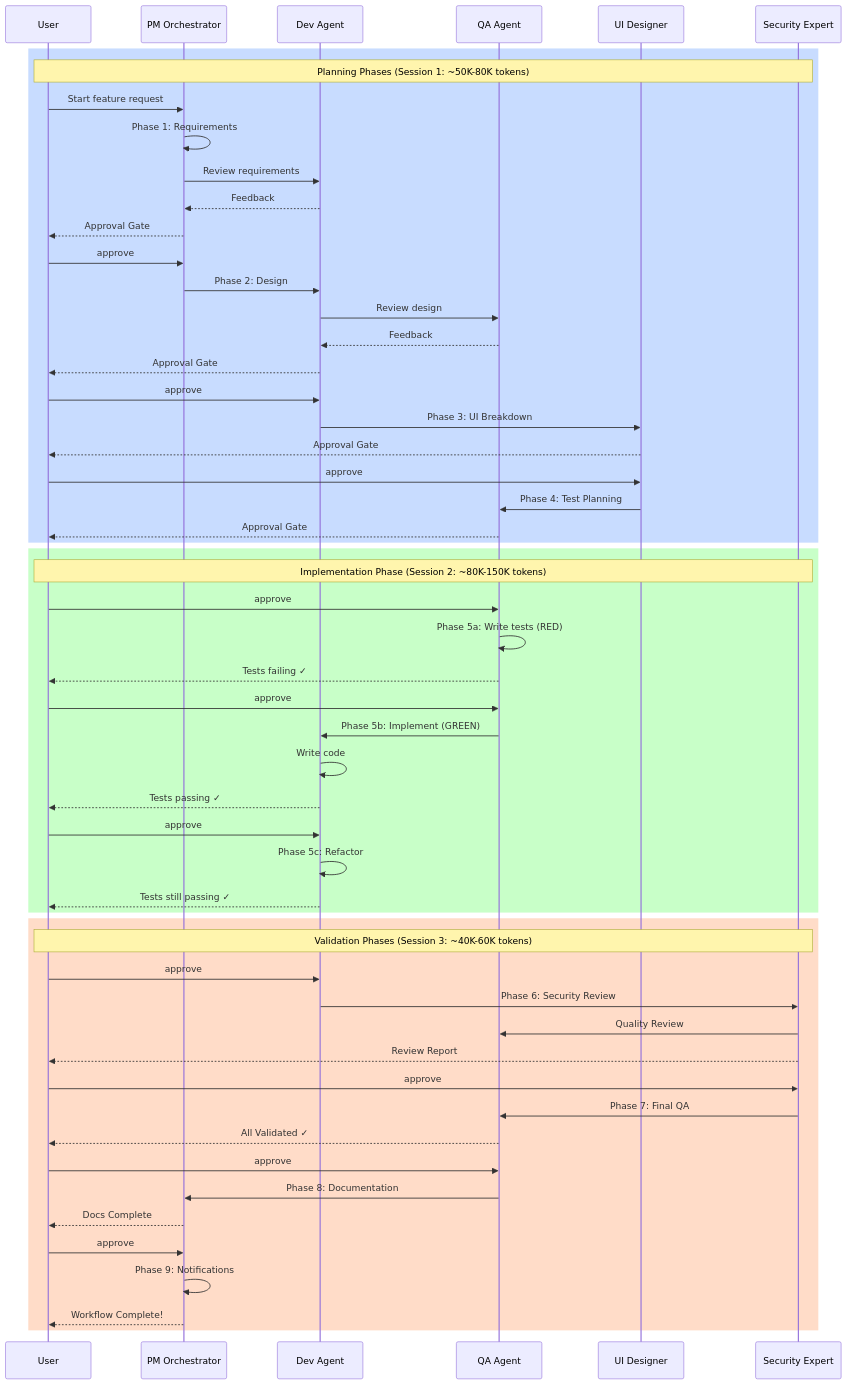
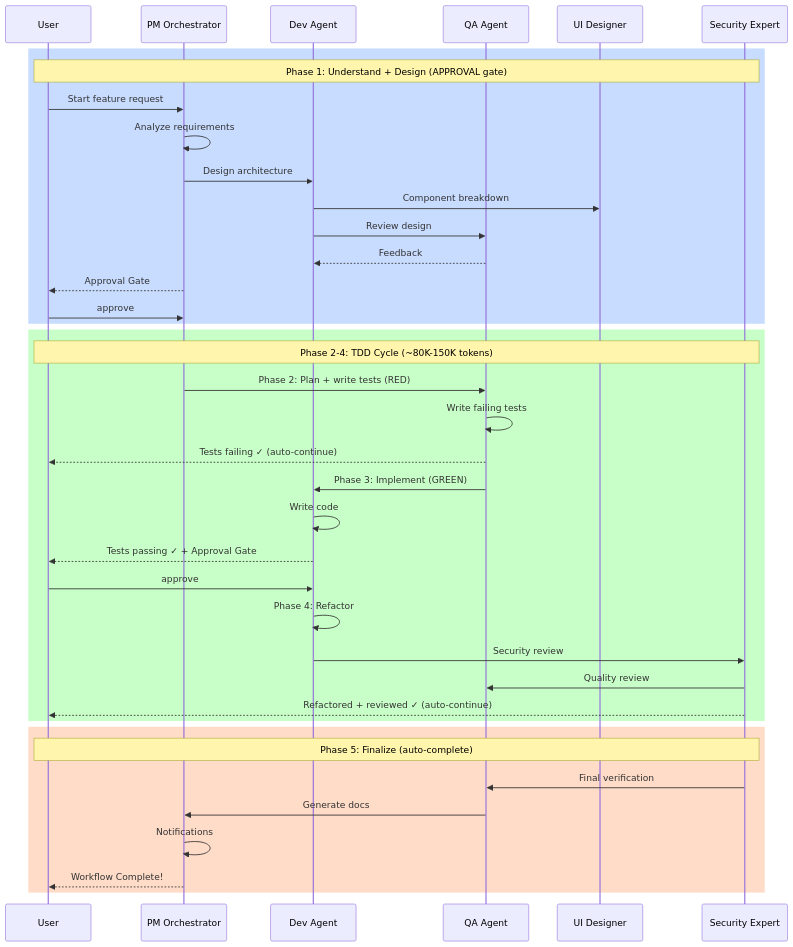
Diagram 15 of 20 in aura-frog/docs/WORKFLOW_DIAGRAMS.md (nguyenthienthanh/aura-frog), drawn with Mermaid before and after one commit. The commit also changed other lines of this file and 123 other files, not shown here.

First line of the commit message:
Consolidate 9-phase workflow into 5 phases and add requirement challenger

````diff
--- a/aura-frog/docs/WORKFLOW_DIAGRAMS.md
+++ b/aura-frog/docs/WORKFLOW_DIAGRAMS.md
@@ -741,68 +644,46 @@
 ```mermaid
 sequenceDiagram
     participant User
     participant PM as PM Orchestrator
     participant DEV as Dev Agent
     participant QA as QA Agent
     participant UI as UI Designer
     participant SEC as Security Expert
 
     rect rgb(200, 220, 255)
-        Note over User,SEC: Planning Phases (Session 1: ~50K-80K tokens)
+        Note over User,SEC: Phase 1: Understand + Design (APPROVAL gate)
         User->>PM: Start feature request
-        PM->>PM: Phase 1: Requirements
-        PM->>DEV: Review requirements
-        DEV-->>PM: Feedback
-        PM-->>User: Approval Gate
-
-        User->>PM: approve
-        PM->>DEV: Phase 2: Design
+        PM->>PM: Analyze requirements
+        PM->>DEV: Design architecture
+        DEV->>UI: Component breakdown
         DEV->>QA: Review design
         QA-->>DEV: Feedback
-        DEV-->>User: Approval Gate
-
-        User->>DEV: approve
-        DEV->>UI: Phase 3: UI Breakdown
-        UI-->>User: Approval Gate
-
-        User->>UI: approve
-        UI->>QA: Phase 4: Test Planning
-        QA-->>User: Approval Gate
+        PM-->>User: Approval Gate
+        User->>PM: approve
     end
 
     rect rgb(200, 255, 200)
-        Note over User,SEC: Implementation Phase (Session 2: ~80K-150K tokens)
-        User->>QA: approve
-        QA->>QA: Phase 5a: Write tests (RED)
-        QA-->>User: Tests failing ✓
+        Note over User,SEC: Phase 2-4: TDD Cycle (~80K-150K tokens)
+        PM->>QA: Phase 2: Plan + write tests (RED)
+        QA->>QA: Write failing tests
+        QA-->>User: Tests failing ✓ (auto-continue)
 
-        User->>QA: approve
-        QA->>DEV: Phase 5b: Implement (GREEN)
+        QA->>DEV: Phase 3: Implement (GREEN)
         DEV->>DEV: Write code
-        DEV-->>User: Tests passing ✓
+        DEV-->>User: Tests passing ✓ + Approval Gate
+        User->>DEV: approve
 
-        User->>DEV: approve
-        DEV->>DEV: Phase 5c: Refactor
-        DEV-->>User: Tests still passing ✓
+        DEV->>DEV: Phase 4: Refactor
+        DEV->>SEC: Security review
+        SEC->>QA: Quality review
+        SEC-->>User: Refactored + reviewed ✓ (auto-continue)
     end
 
     rect rgb(255, 220, 200)
-        Note over User,SEC: Validation Phases (Session 3: ~40K-60K tokens)
-        User->>DEV: approve
-        DEV->>SEC: Phase 6: Security Review
-        SEC->>QA: Quality Review
-        SEC-->>User: Review Report
-
-        User->>SEC: approve
-        SEC->>QA: Phase 7: Final QA
-        QA-->>User: All Validated ✓
-
-        User->>QA: approve
-        QA->>PM: Phase 8: Documentation
-        PM-->>User: Docs Complete
-
-        User->>PM: approve
-        PM->>PM: Phase 9: Notifications
+        Note over User,SEC: Phase 5: Finalize (auto-complete)
+        SEC->>QA: Final verification
+        QA->>PM: Generate docs
+        PM->>PM: Notifications
         PM-->>User: Workflow Complete!
     end
 ```
````
